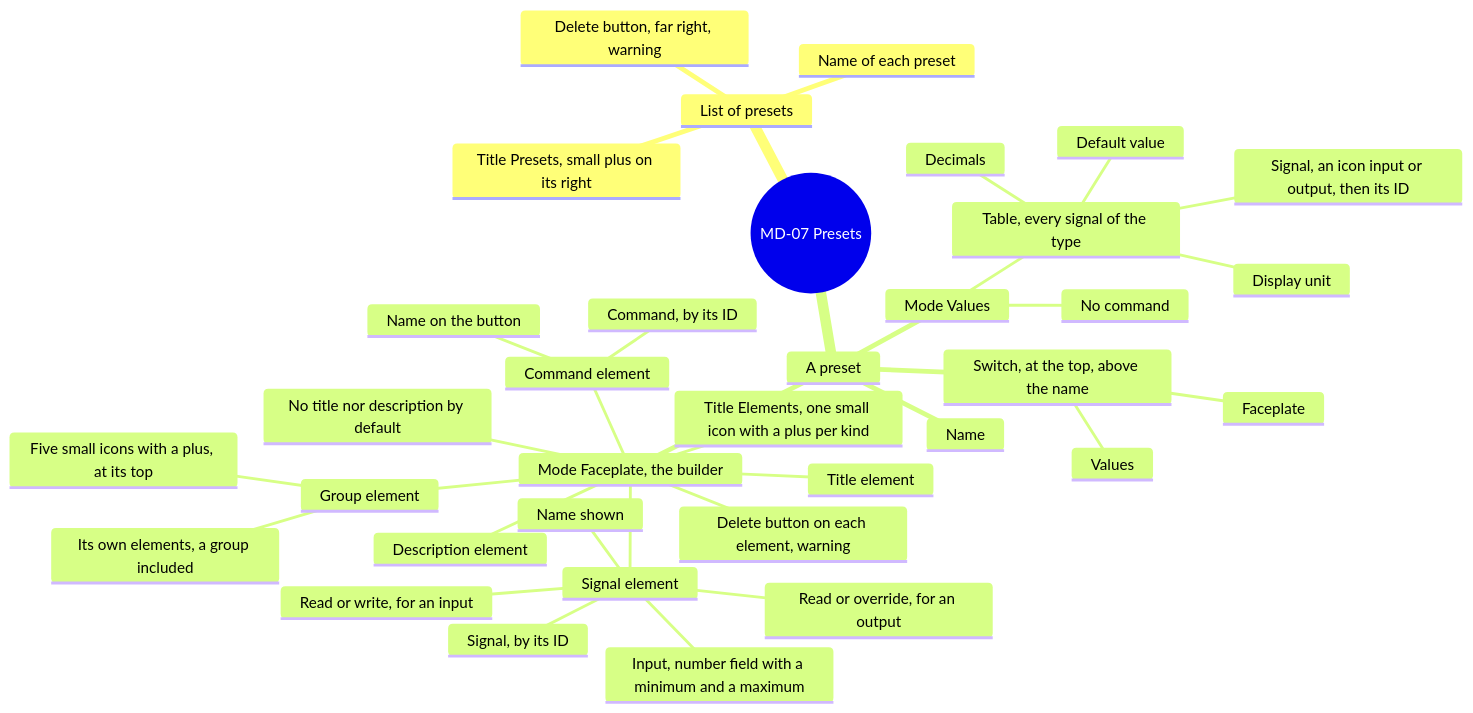
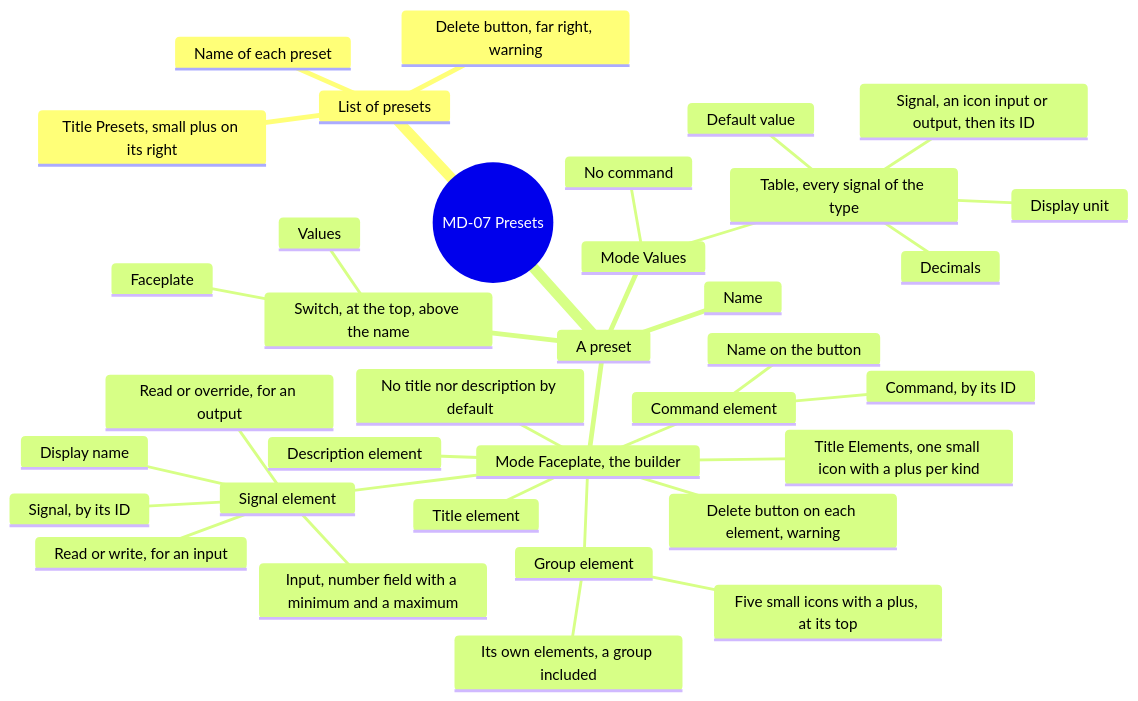
Diagram 12 of 16 in screens/metadata.md (AlexandreGallais/synoptic-studio-spec), drawn with Mermaid before and after one commit. The commit also changed other lines of this file and 2 other files, not shown here.

````diff
--- a/screens/metadata.md
+++ b/screens/metadata.md
@@ -363,38 +363,38 @@
 ```mermaid
 mindmap
   root((MD-07 Presets))
     List of presets
       Title Presets, small plus on its right
       Name of each preset
       Delete button, far right, warning
     A preset
       Switch, at the top, above the name
         Values
         Faceplate
       Name
       Mode Values
         Table, every signal of the type
           Signal, an icon input or output, then its ID
           Display unit
           Decimals
           Default value
         No command
       Mode Faceplate, the builder
         No title nor description by default
         Title Elements, one small icon with a plus per kind
         Signal element
           Signal, by its ID
-          Name shown
+          Display name
           Input, number field with a minimum and a maximum
           Read or write, for an input
           Read or override, for an output
         Command element
           Command, by its ID
           Name on the button
         Title element
         Description element
         Group element
           Five small icons with a plus, at its top
           Its own elements, a group included
         Delete button on each element, warning
 ```
````
